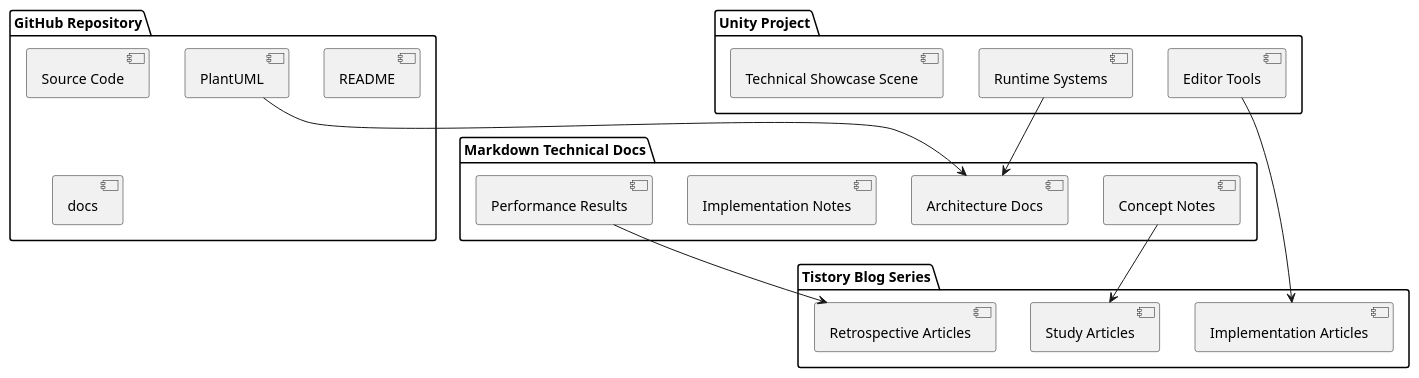
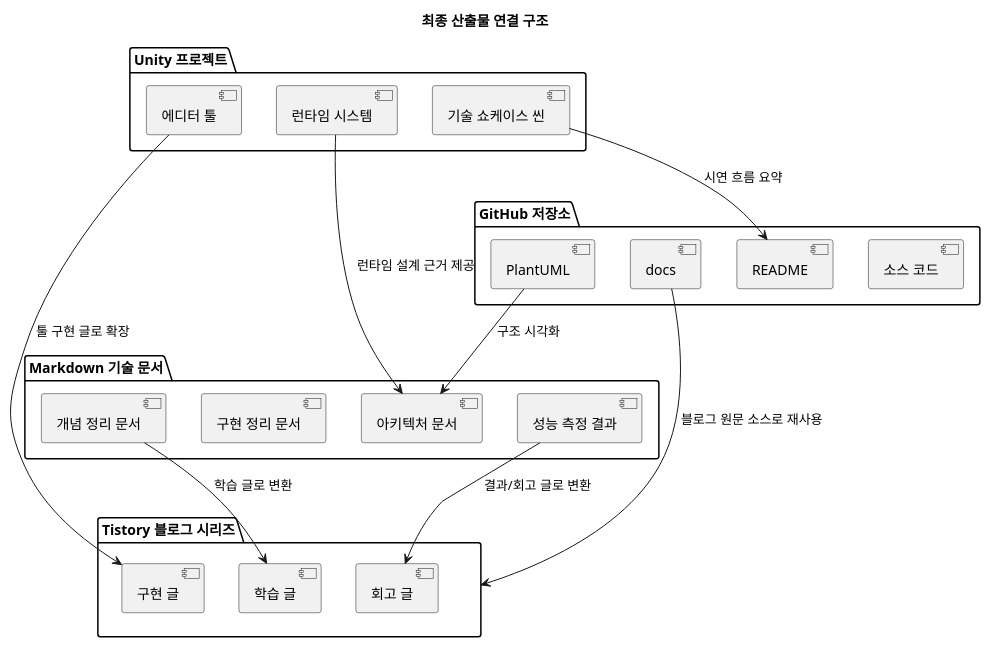
The second of 2 diagrams in PortfolioStudyMasterPlanForGPT.md (starkshn/md-docs), drawn with PlantUML before and after one commit. The commit also changed other lines of this file and 24 other files, not shown here.

Commit message:
docs: localize PlantUML labels to Korean

````diff
--- a/PortfolioStudyMasterPlanForGPT.md
+++ b/PortfolioStudyMasterPlanForGPT.md
@@ -550,31 +551,34 @@
 ```plantuml
 @startuml
-package "Unity Project" {
-  [Runtime Systems]
-  [Editor Tools]
-  [Technical Showcase Scene]
+title 최종 산출물 연결 구조
+package "Unity 프로젝트" as UnityProject {
+  [런타임 시스템] as RuntimeSystems
+  [에디터 툴] as EditorTools
+  [기술 쇼케이스 씬] as ShowcaseScene
 }
-package "GitHub Repository" {
-  [Source Code]
-  [README]
-  [docs]
-  [PlantUML]
+package "GitHub 저장소" as GitHubRepo {
+  [소스 코드] as SourceCode
+  [README] as Readme
+  [docs] as Docs
+  [PlantUML] as Plantuml
 }
-package "Markdown Technical Docs" {
-  [Concept Notes]
-  [Architecture Docs]
-  [Implementation Notes]
-  [Performance Results]
+package "Markdown 기술 문서" as MarkdownDocs {
+  [개념 정리 문서] as ConceptNotes
+  [아키텍처 문서] as ArchitectureDocs
+  [구현 정리 문서] as ImplementationNotes
+  [성능 측정 결과] as PerformanceResults
 }
-package "Tistory Blog Series" {
-  [Study Articles]
-  [Implementation Articles]
-  [Retrospective Articles]
+package "Tistory 블로그 시리즈" as BlogSeries {
+  [학습 글] as StudyArticles
+  [구현 글] as ImplementationArticles
+  [회고 글] as RetrospectiveArticles
 }
-[Runtime Systems] --> [Architecture Docs]
-[Editor Tools] --> [Implementation Articles]
-[PlantUML] --> [Architecture Docs]
-[Concept Notes] --> [Study Articles]
-[Performance Results] --> [Retrospective Articles]
+RuntimeSystems --> ArchitectureDocs : 런타임 설계 근거 제공
+EditorTools --> ImplementationArticles : 툴 구현 글로 확장
+Plantuml --> ArchitectureDocs : 구조 시각화
+ConceptNotes --> StudyArticles : 학습 글로 변환
+PerformanceResults --> RetrospectiveArticles : 결과/회고 글로 변환
+ShowcaseScene --> Readme : 시연 흐름 요약
+Docs --> BlogSeries : 블로그 원문 소스로 재사용
 @enduml
 ```
````
